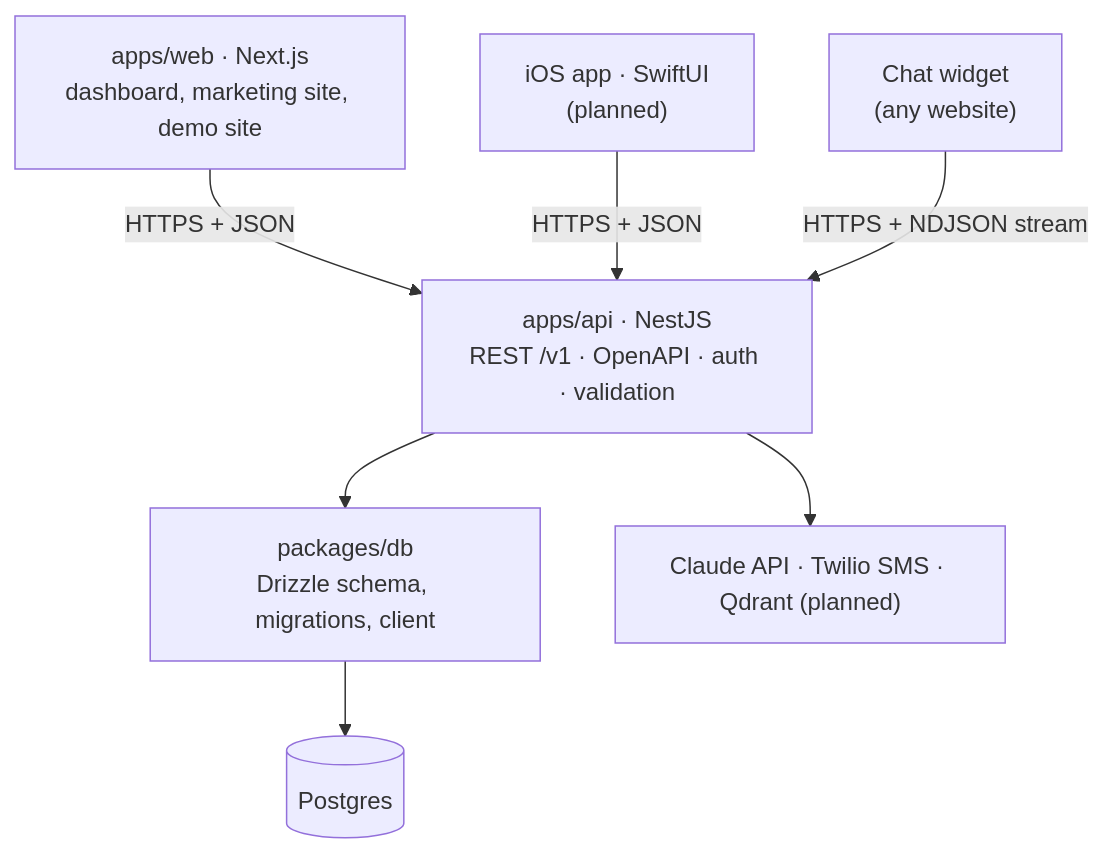
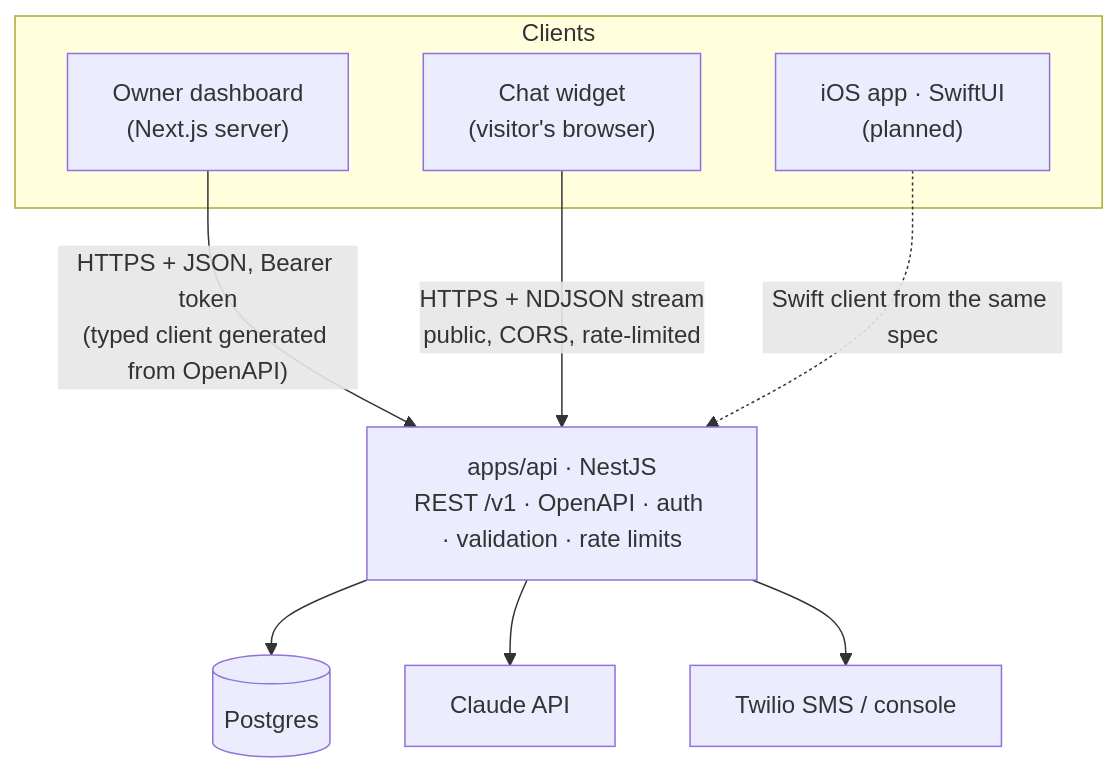
Before and after one commit to sulabh191/FrontPilot: the first of 3 diagrams in README.md, drawn with Mermaid. The commit also changed other lines of this file, not shown here.

Commit message:
Docs: README describes current architecture, security, edge cases and testing

````diff
--- a/README.md
+++ b/README.md
@@ -60,16 +47,19 @@
 ```mermaid
 flowchart TB
-    web["apps/web · Next.js<br/>dashboard, marketing site, demo site"]
-    ios["iOS app · SwiftUI<br/>(planned)"]
-    widget["Chat widget<br/>(any website)"]
-    api["apps/api · NestJS<br/>REST /v1 · OpenAPI · auth · validation"]
-    db["packages/db<br/>Drizzle schema, migrations, client"]
+    subgraph clients [Clients]
+        dash["Owner dashboard<br/>(Next.js server)"]
+        widget["Chat widget<br/>(visitor's browser)"]
+        ios["iOS app · SwiftUI<br/>(planned)"]
+    end
+    api["apps/api · NestJS<br/>REST /v1 · OpenAPI · auth · validation · rate limits"]
     pg[(Postgres)]
-    ext["Claude API · Twilio SMS · Qdrant (planned)"]
+    claude[Claude API]
+    sms[Twilio SMS / console]
 
-    web -- "HTTPS + JSON" --> api
-    ios -- "HTTPS + JSON" --> api
-    widget -- "HTTPS + NDJSON stream" --> api
-    api --> db --> pg
-    api --> ext
+    dash -- "HTTPS + JSON, Bearer token<br/>(typed client generated from OpenAPI)" --> api
+    widget -- "HTTPS + NDJSON stream<br/>public, CORS, rate-limited" --> api
+    ios -. "Swift client from the same spec" .-> api
+    api --> pg
+    api --> claude
+    api --> sms
 ```
````
